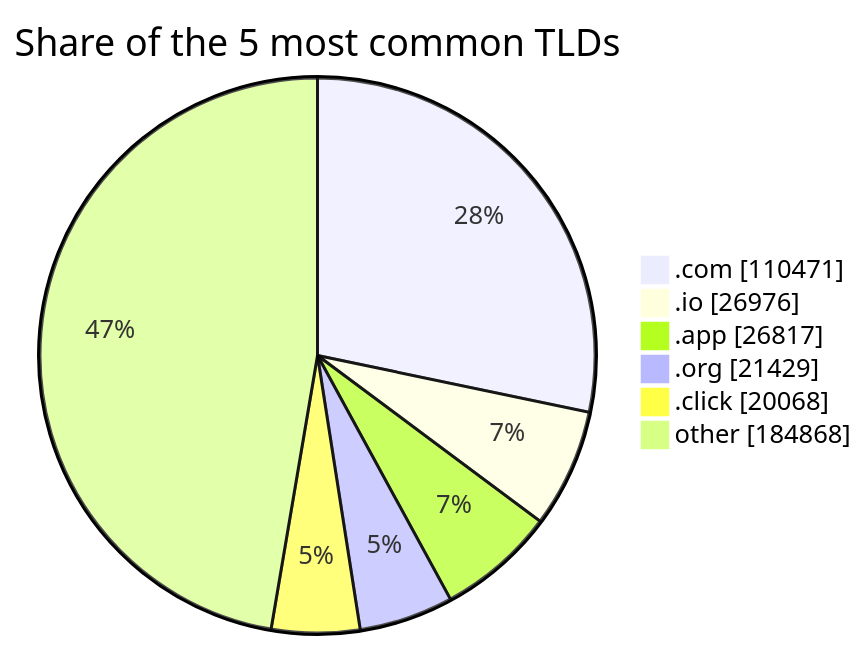
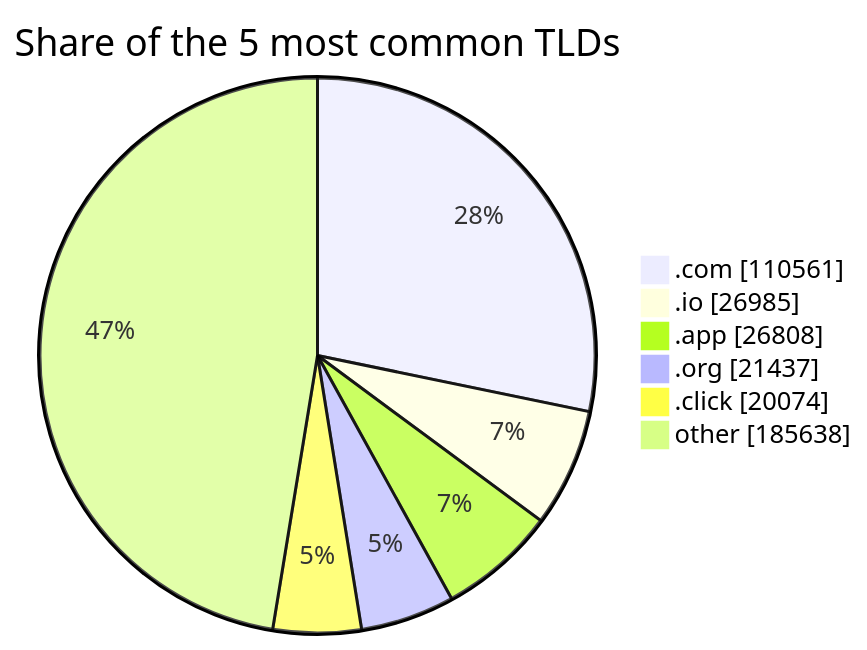
The third of 3 diagrams in README.md (DNSBunker/CTI), drawn with Mermaid before and after one commit. The commit also changed other lines of this file and 3 other files, not shown here.

````diff
--- a/README.md
+++ b/README.md
@@ -81,9 +81,9 @@
 ```mermaid
 pie showData title Share of the 5 most common TLDs
-    ".com" : 110471
-    ".io" : 26976
-    ".app" : 26817
-    ".org" : 21429
-    ".click" : 20068
-    "other" : 184868
+    ".com" : 110561
+    ".io" : 26985
+    ".app" : 26808
+    ".org" : 21437
+    ".click" : 20074
+    "other" : 185638
 ```
````
